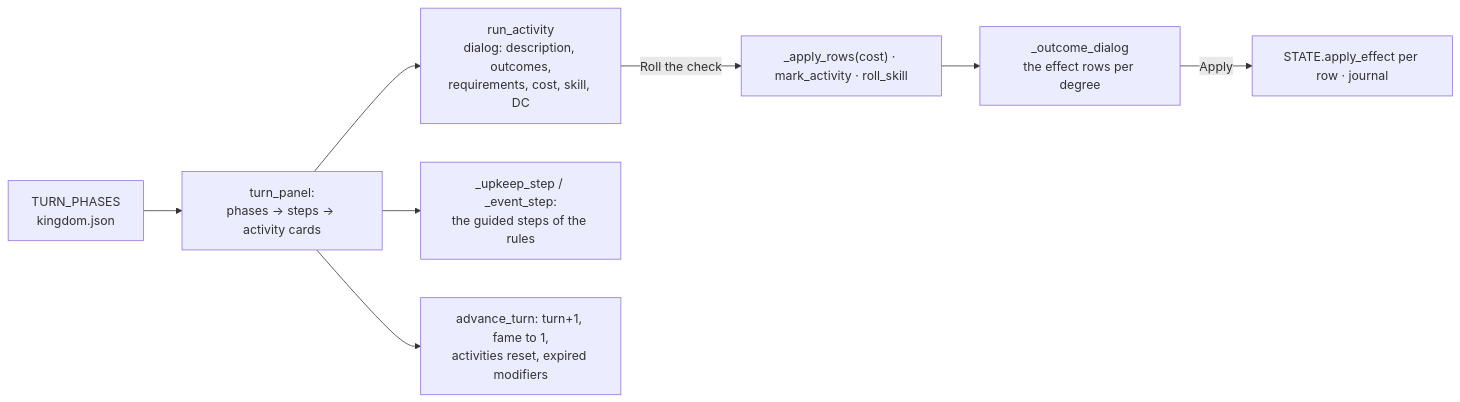
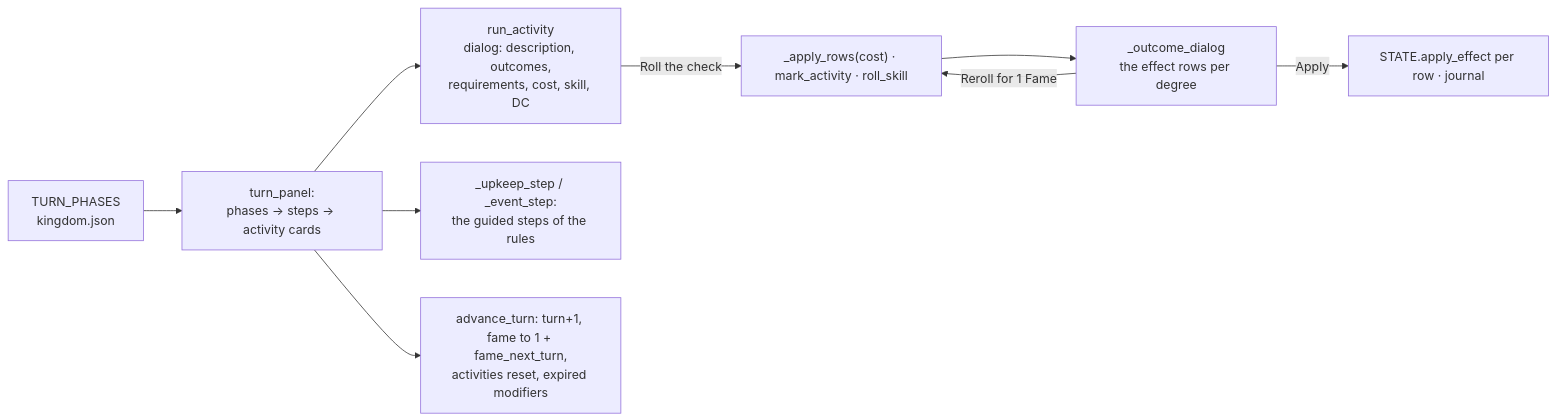
Before and after one commit to MarcoMungaiCoppolino/kingmaker-kingdom-manager: the diagram in docs/manual/05-kingdom-turn-city.md, drawn with Mermaid. The commit also changed other lines of this file and 48 other files, not shown here.

````diff
--- a/docs/manual/05-kingdom-turn-city.md
+++ b/docs/manual/05-kingdom-turn-city.md
@@ -69,10 +79,11 @@
 ```mermaid
 flowchart LR
     F[TURN_PHASES<br/>kingdom.json] --> P[turn_panel:<br/>phases → steps → activity cards]
     P --> E[run_activity<br/>dialog: description, outcomes,<br/>requirements, cost, skill, DC]
     E -->|Roll the check| C["_apply_rows(cost) · mark_activity · roll_skill"]
     C --> D[_outcome_dialog<br/>the effect rows per degree]
     D -->|Apply| A[STATE.apply_effect per row · journal]
     P --> G[_upkeep_step / _event_step:<br/>the guided steps of the rules]
-    P --> N[advance_turn: turn+1, fame to 1,<br/>activities reset, expired modifiers]
+    D -->|Reroll for 1 Fame| C
+    P --> N[advance_turn: turn+1, fame to 1 + fame_next_turn,<br/>activities reset, expired modifiers]
 ```
````
